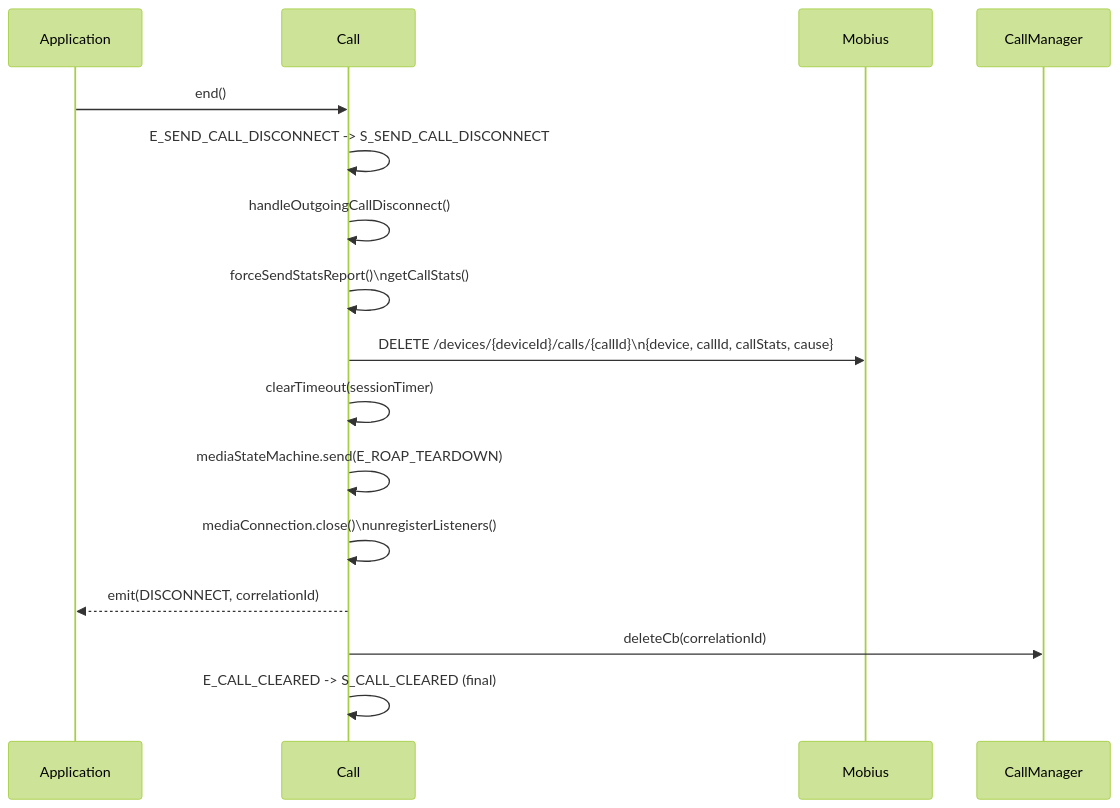
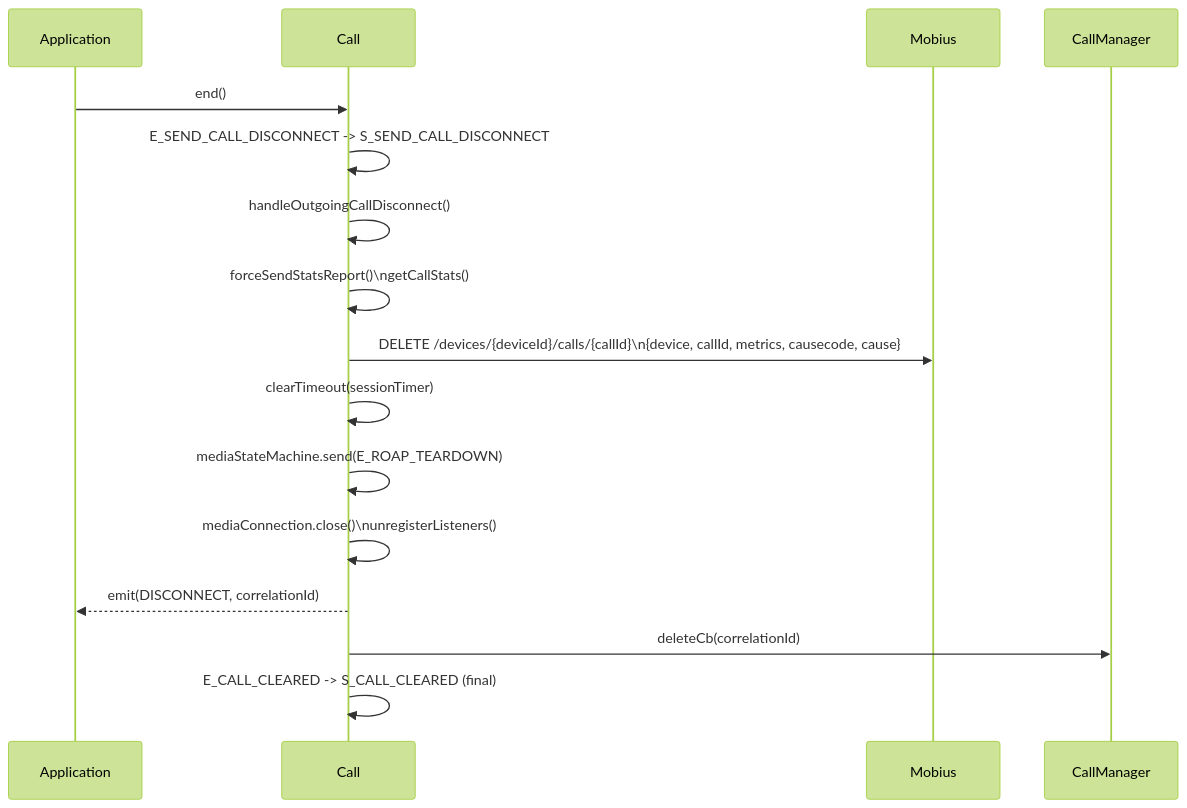
One commit to webex/webex-js-sdk changed diagram 14 of 16 in packages/calling/src/CallingClient/calling/ai-docs/ARCHITECTURE.md. Above: the diagram before and after it, drawn with Mermaid (forest theme). The commit also changed other lines of this file and 1 other file, not shown here.

````diff
--- a/packages/calling/src/CallingClient/calling/ai-docs/ARCHITECTURE.md
+++ b/packages/calling/src/CallingClient/calling/ai-docs/ARCHITECTURE.md
@@ -693,19 +710,19 @@
 ```mermaid
 sequenceDiagram
     participant App as Application
     participant Call as Call
     participant Mobius as Mobius
     participant CM as CallManager
 
     App->>Call: end()
     Call->>Call: E_SEND_CALL_DISCONNECT -> S_SEND_CALL_DISCONNECT
     Call->>Call: handleOutgoingCallDisconnect()
     Call->>Call: forceSendStatsReport()\ngetCallStats()
-    Call->>Mobius: DELETE /devices/{deviceId}/calls/{callId}\n{device, callId, callStats, cause}
+    Call->>Mobius: DELETE /devices/{deviceId}/calls/{callId}\n{device, callId, metrics, causecode, cause}
     Call->>Call: clearTimeout(sessionTimer)
     Call->>Call: mediaStateMachine.send(E_ROAP_TEARDOWN)
     Call->>Call: mediaConnection.close()\nunregisterListeners()
     Call-->>App: emit(DISCONNECT, correlationId)
     Call->>CM: deleteCb(correlationId)
     Call->>Call: E_CALL_CLEARED -> S_CALL_CLEARED (final)
 ```
````
